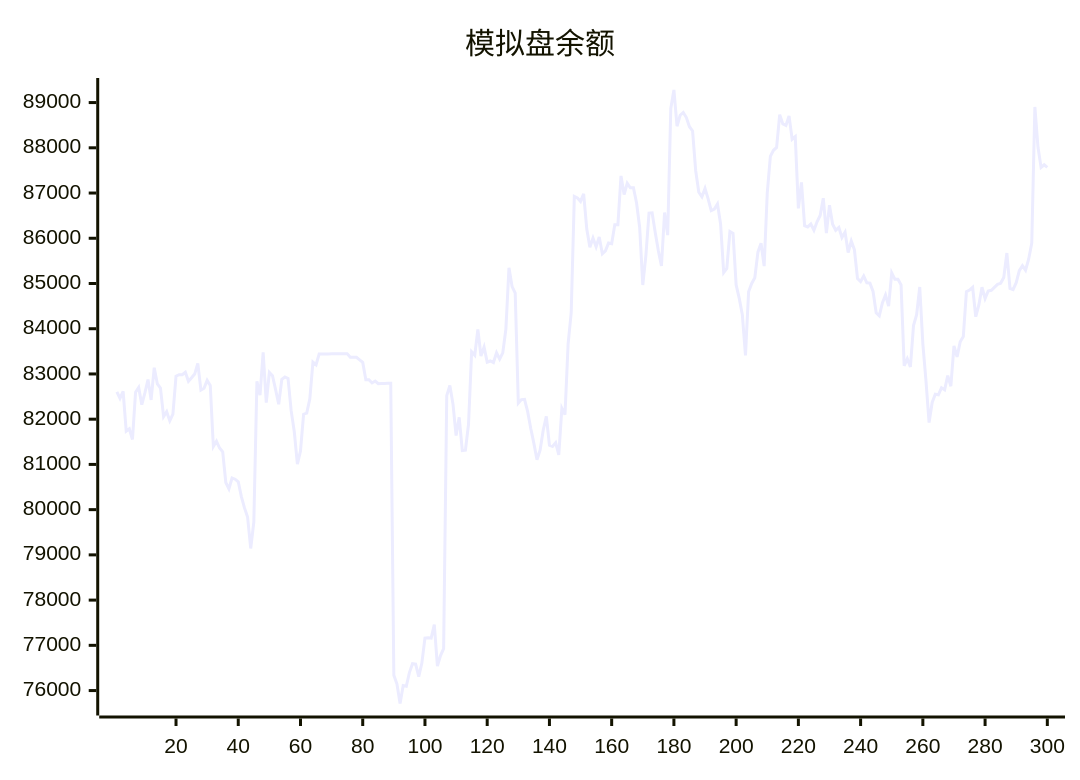
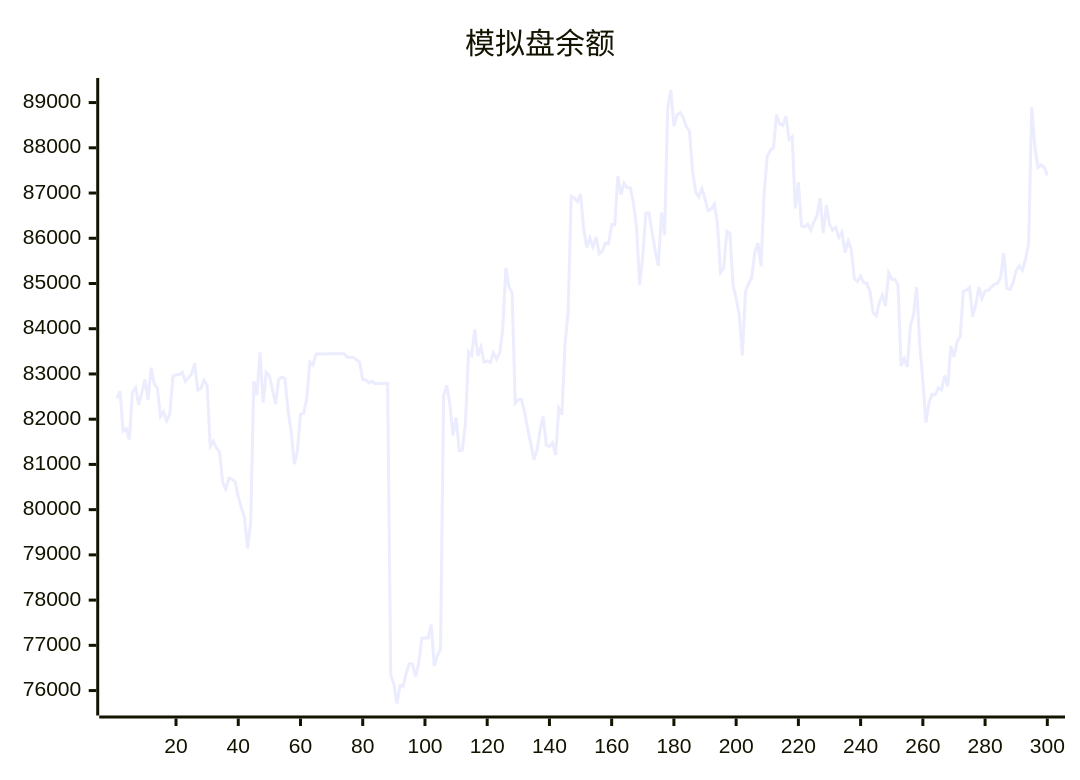
Before and after one commit to aahl/ai-trading: the diagram in README.md, drawn with Mermaid. The commit also changed other lines of this file and 1 other file, not shown here.

````diff
--- a/README.md
+++ b/README.md
@@ -5,5 +5,5 @@
 ```mermaid
 xychart
     title "模拟盘余额"
-    line [82605,82459,82614,81734,81788,81551,82598,82702,82320,82580,82878,82426,83139,82778,82686,82056,82166,81963,82110,82951,82983,82984,83038,82838,82915,82998,83235,82642,82682,82858,82746,81396,81512,81362,81277,80600,80461,80699,80673,80616,80288,80038,79836,79142,79722,82837,82533,83480,82366,83032,82960,82654,82330,82883,82934,82901,82188,81728,81005,81298,82110,82135,82449,83264,83203,83440,83439,83440,83440,83446,83447,83448,83447,83448,83449,83369,83369,83369,83313,83256,82872,82873,82801,82844,82785,82791,82791,82793,82794,76339,76145,75714,76110,76096,76397,76594,76585,76310,76607,77160,77170,77160,77456,76541,76774,76927,82520,82744,82337,81639,82040,81307,81314,81887,83490,83414,83984,83396,83594,83261,83287,83253,83470,83327,83465,83987,85348,84930,84786,82355,82433,82438,82167,81795,81466,81105,81315,81756,82064,81426,81398,81481,81210,82242,82099,83658,84359,86925,86892,86814,86980,86203,85802,86003,85811,86028,85657,85721,85896,85880,86300,86299,87378,86965,87214,87115,87118,86780,86238,84966,85623,86555,86562,86129,85722,85387,86569,86070,88870,89278,88477,88720,88781,88668,88467,88372,87493,87018,86917,87102,86870,86613,86644,86758,86317,85242,85334,86149,86106,84968,84671,84302,83410,84816,85001,85127,85693,85891,85384,87001,87811,87945,88007,88734,88528,88495,88705,88189,88248,86662,87234,86279,86251,86314,86177,86364,86503,86886,86114,86731,86310,86176,86240,86017,86136,85685,85938,85749,85111,85044,85164,85016,85008,84824,84354,84287,84572,84745,84500,85234,85096,85095,84970,83180,83338,83157,84070,84309,84922,83667,82850,81924,82369,82552,82539,82695,82648,82962,82728,83619,83378,83710,83825,84819,84854,84917,84265,84527,84919,84668,84834,84850,84916,84981,85004,85131,85674,84891,84864,85019,85284,85393,85294,85538,85894,88904,88012,87567,87625,87568]
+    line [82459,82614,81734,81788,81551,82598,82702,82320,82580,82878,82426,83139,82778,82686,82056,82166,81963,82110,82951,82983,82984,83038,82838,82915,82998,83235,82642,82682,82858,82746,81396,81512,81362,81277,80600,80461,80699,80673,80616,80288,80038,79836,79142,79722,82837,82533,83480,82366,83032,82960,82654,82330,82883,82934,82901,82188,81728,81005,81298,82110,82135,82449,83264,83203,83440,83439,83440,83440,83446,83447,83448,83447,83448,83449,83369,83369,83369,83313,83256,82872,82873,82801,82844,82785,82791,82791,82793,82794,76339,76145,75714,76110,76096,76397,76594,76585,76310,76607,77160,77170,77160,77456,76541,76774,76927,82520,82744,82337,81639,82040,81307,81314,81887,83490,83414,83984,83396,83594,83261,83287,83253,83470,83327,83465,83987,85348,84930,84786,82355,82433,82438,82167,81795,81466,81105,81315,81756,82064,81426,81398,81481,81210,82242,82099,83658,84359,86925,86892,86814,86980,86203,85802,86003,85811,86028,85657,85721,85896,85880,86300,86299,87378,86965,87214,87115,87118,86780,86238,84966,85623,86555,86562,86129,85722,85387,86569,86070,88870,89278,88477,88720,88781,88668,88467,88372,87493,87018,86917,87102,86870,86613,86644,86758,86317,85242,85334,86149,86106,84968,84671,84302,83410,84816,85001,85127,85693,85891,85384,87001,87811,87945,88007,88734,88528,88495,88705,88189,88248,86662,87234,86279,86251,86314,86177,86364,86503,86886,86114,86731,86310,86176,86240,86017,86136,85685,85938,85749,85111,85044,85164,85016,85008,84824,84354,84287,84572,84745,84500,85234,85096,85095,84970,83180,83338,83157,84070,84309,84922,83667,82850,81924,82369,82552,82539,82695,82648,82962,82728,83619,83378,83710,83825,84819,84854,84917,84265,84527,84919,84668,84834,84850,84916,84981,85004,85131,85674,84891,84864,85019,85284,85393,85294,85538,85894,88904,88012,87567,87625,87568,87386]
 ```
````
